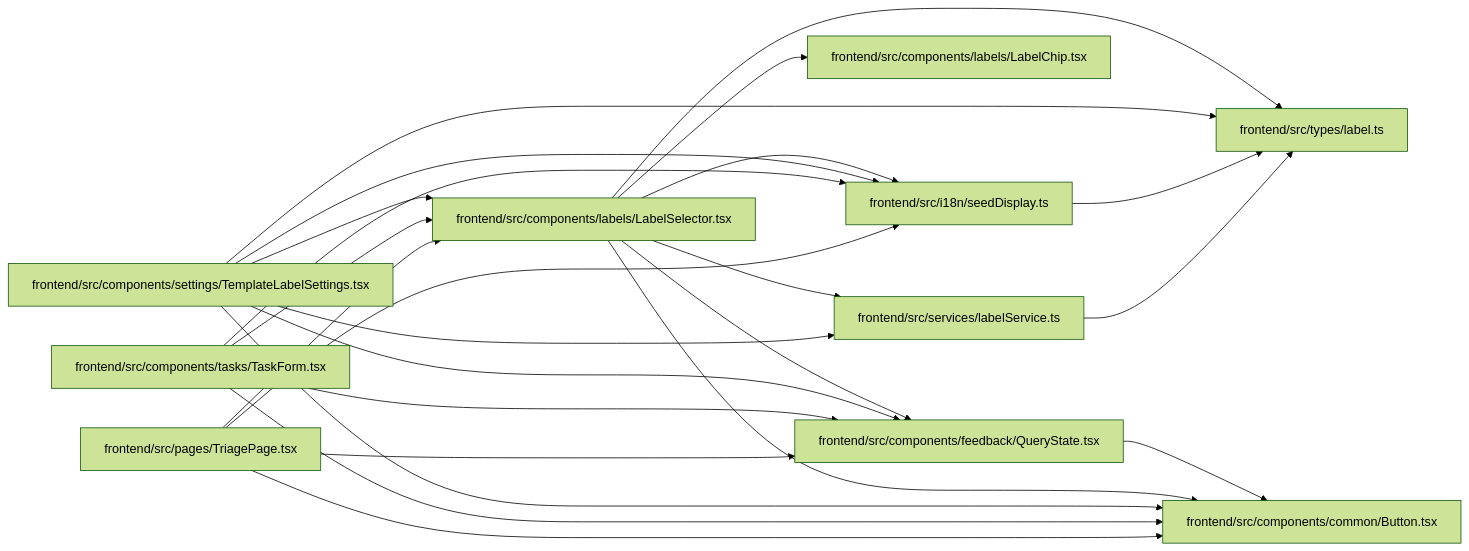
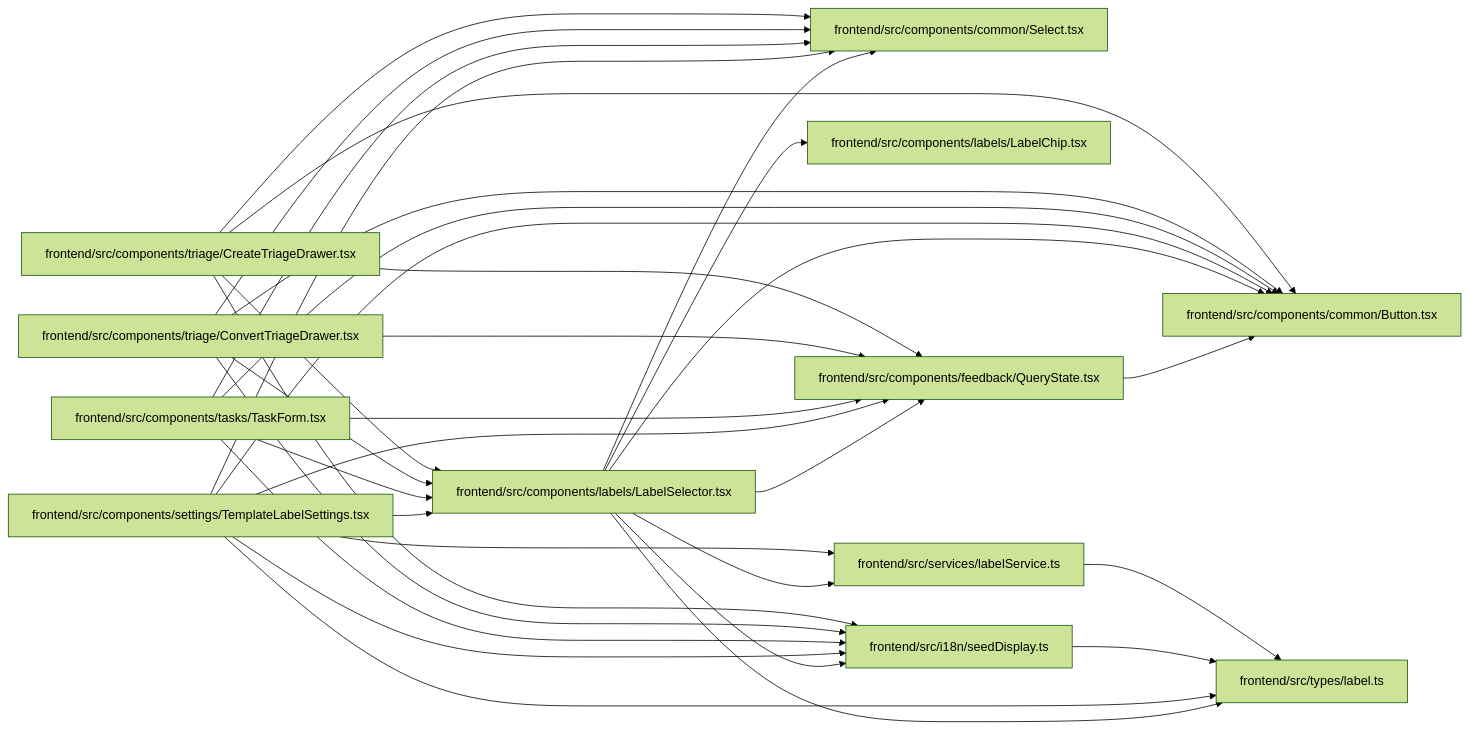
One commit to Denissvgn/WorkChord changed the diagram in docs/llm_wiki/modules/LabelSelector.md. Above: the diagram before and after it, drawn with Mermaid (forest theme). The commit also changed other lines of this file and 2373 other files, not shown here.

````diff
--- a/docs/llm_wiki/modules/LabelSelector.md
+++ b/docs/llm_wiki/modules/LabelSelector.md
@@ -35,46 +36,59 @@
 ```mermaid
 flowchart LR
     n0["frontend/src/components/common/Button.tsx"]
-    n1["frontend/src/components/feedback/QueryState.tsx"]
-    n2["frontend/src/components/labels/LabelChip.tsx"]
-    n3["frontend/src/components/labels/LabelSelector.tsx"]
-    n4["frontend/src/components/settings/TemplateLabelSettings.tsx"]
-    n5["frontend/src/components/tasks/TaskForm.tsx"]
-    n6["frontend/src/i18n/seedDisplay.ts"]
-    n7["frontend/src/pages/TriagePage.tsx"]
-    n8["frontend/src/services/labelService.ts"]
-    n9["frontend/src/types/label.ts"]
-    n1 --> n0
-    n3 --> n0
-    n3 --> n1
-    n3 --> n2
-    n3 --> n6
-    n3 --> n8
-    n3 --> n9
+    n1["frontend/src/components/common/Select.tsx"]
+    n2["frontend/src/components/feedback/QueryState.tsx"]
+    n3["frontend/src/components/labels/LabelChip.tsx"]
+    n4["frontend/src/components/labels/LabelSelector.tsx"]
+    n5["frontend/src/components/settings/TemplateLabelSettings.tsx"]
+    n6["frontend/src/components/tasks/TaskForm.tsx"]
+    n7["frontend/src/components/triage/ConvertTriageDrawer.tsx"]
+    n8["frontend/src/components/triage/CreateTriageDrawer.tsx"]
+    n9["frontend/src/i18n/seedDisplay.ts"]
+    n10["frontend/src/services/labelService.ts"]
+    n11["frontend/src/types/label.ts"]
+    n2 --> n0
     n4 --> n0
     n4 --> n1
+    n4 --> n2
     n4 --> n3
-    n4 --> n6
-    n4 --> n8
     n4 --> n9
+    n4 --> n10
+    n4 --> n11
     n5 --> n0
     n5 --> n1
-    n5 --> n3
-    n5 --> n6
+    n5 --> n2
+    n5 --> n4
+    n5 --> n9
+    n5 --> n10
+    n5 --> n11
+    n6 --> n0
+    n6 --> n1
+    n6 --> n2
+    n6 --> n4
     n6 --> n9
     n7 --> n0
     n7 --> n1
-    n7 --> n3
-    n7 --> n6
+    n7 --> n2
+    n7 --> n4
+    n7 --> n9
+    n8 --> n0
+    n8 --> n1
+    n8 --> n2
+    n8 --> n4
     n8 --> n9
+    n9 --> n11
+    n10 --> n11
     click n0 "../modules/Button.md"
-    click n1 "../modules/QueryState.md"
-    click n2 "../modules/LabelChip.md"
-    click n3 "../modules/LabelSelector.md"
-    click n4 "../modules/TemplateLabelSettings.md"
-    click n5 "../modules/TaskForm.md"
-    click n6 "../modules/seedDisplay.md"
-    click n7 "../modules/TriagePage.md"
-    click n8 "../modules/labelService.md"
-    click n9 "../modules/types_label.md"
+    click n1 "../modules/Select.md"
+    click n2 "../modules/QueryState.md"
+    click n3 "../modules/LabelChip.md"
+    click n4 "../modules/LabelSelector.md"
+    click n5 "../modules/TemplateLabelSettings.md"
+    click n6 "../modules/TaskForm.md"
+    click n7 "../modules/ConvertTriageDrawer.md"
+    click n8 "../modules/CreateTriageDrawer.md"
+    click n9 "../modules/seedDisplay.md"
+    click n10 "../modules/labelService.md"
+    click n11 "../modules/types_label.md"
 ```
````
